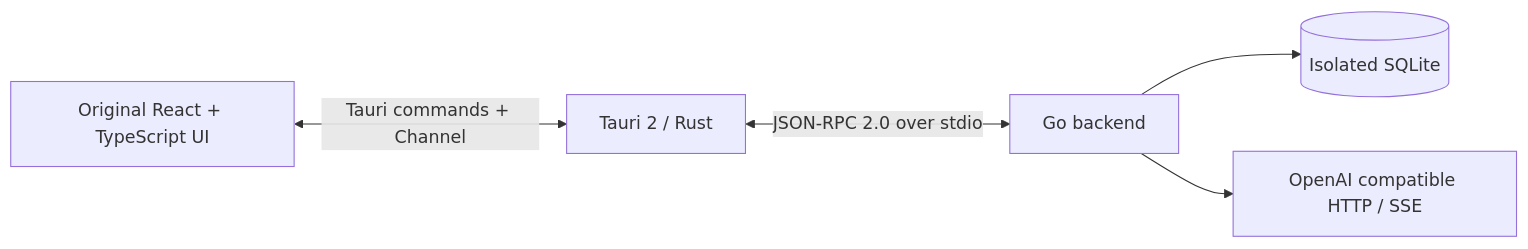
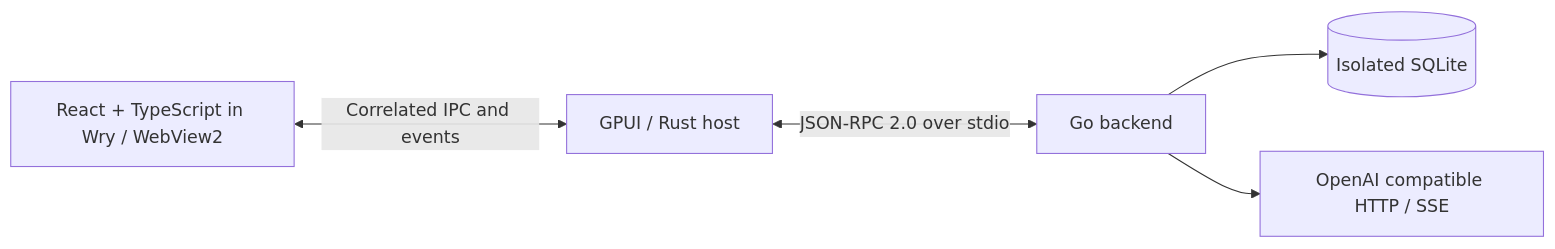
Before and after one commit to tori-RR/TinyCherry: the diagram in native/evostack/README.md, drawn with Mermaid. The commit also changed other lines of this file and 63 other files, not shown here.

First line of the commit message:
Migrate Windows desktop host to GPUI and Wry

````diff
--- a/native/evostack/README.md
+++ b/native/evostack/README.md
@@ -5,7 +5,7 @@
 ```mermaid
 flowchart LR
-  UI[Original React + TypeScript UI] <-->|Tauri commands + Channel| Rust[Tauri 2 / Rust]
+  UI["React + TypeScript in Wry / WebView2"] <-->|"Correlated IPC and events"| Rust["GPUI / Rust host"]
   Rust <-->|JSON-RPC 2.0 over stdio| Go[Go backend]
   Go --> DB[(Isolated SQLite)]
   Go --> HTTP[OpenAI compatible HTTP / SSE]
 ```
````
